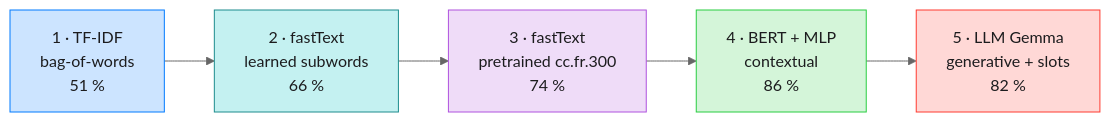
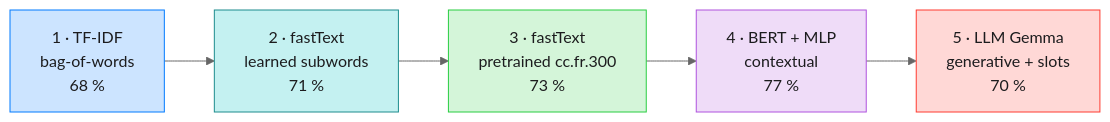
Before and after one commit to warith-harchaoui/intentions: the first of 2 diagrams in README.md, drawn with Mermaid (neutral theme). The commit also changed other lines of this file and 35 other files, not shown here.

````diff
--- a/README.md
+++ b/README.md
@@ -52,9 +52,9 @@
 ```mermaid
 flowchart LR
-    A["1 · TF-IDF<br/>bag-of-words<br/>51 %"] --> B["2 · fastText<br/>learned subwords<br/>66 %"] --> C["3 · fastText<br/>pretrained cc.fr.300<br/>74 %"] --> D["4 · BERT + MLP<br/>contextual<br/>86 %"] --> E["5 · LLM Gemma<br/>generative + slots<br/>82 %"]
+    A["1 · TF-IDF<br/>bag-of-words<br/>68 %"] --> B["2 · fastText<br/>learned subwords<br/>71 %"] --> C["3 · fastText<br/>pretrained cc.fr.300<br/>73 %"] --> D["4 · BERT + MLP<br/>contextual<br/>77 %"] --> E["5 · LLM Gemma<br/>generative + slots<br/>70 %"]
     style A fill:#CCE4FF,stroke:#007AFF,color:#1C1C1E
     style B fill:#C4F1F1,stroke:#1D8C8D,color:#1C1C1E
-    style C fill:#EFDCF8,stroke:#AF52DE,color:#1C1C1E
-    style D fill:#D4F5D9,stroke:#28CD41,color:#1C1C1E
+    style C fill:#D4F5D9,stroke:#28CD41,color:#1C1C1E
+    style D fill:#EFDCF8,stroke:#AF52DE,color:#1C1C1E
     style E fill:#FFD8D6,stroke:#FF3B30,color:#1C1C1E
 ```
````
